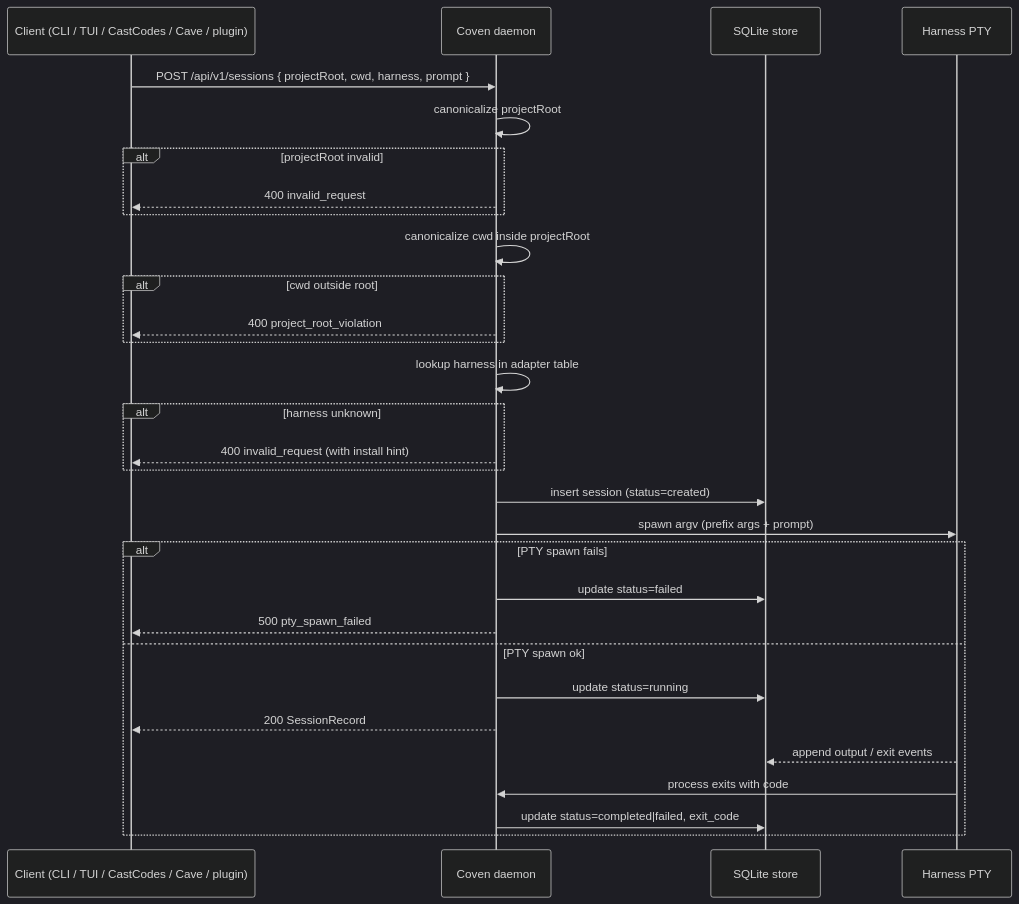
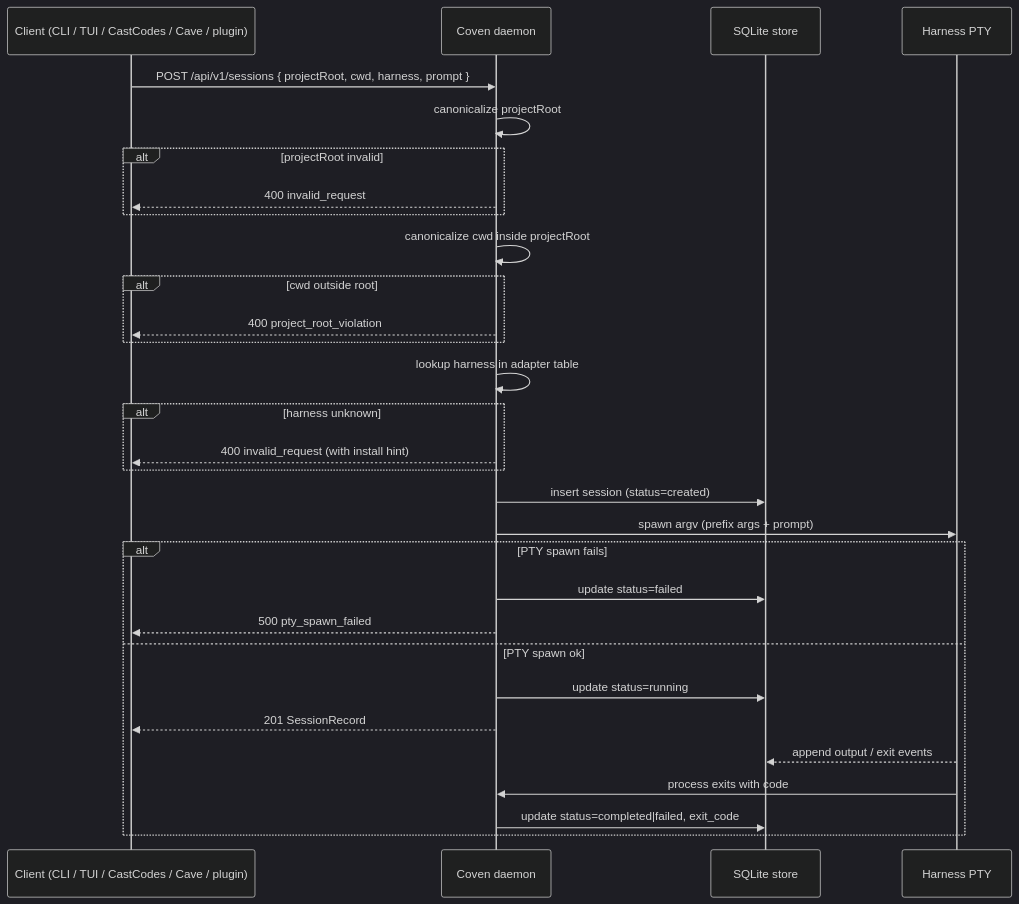
Before and after one commit to OpenCoven/coven-docs: the sixth of 7 diagrams in content/docs/reference/api-architecture.mdx, drawn with Mermaid (dark theme). The commit also changed other lines of this file and 84 other files, not shown here.

````diff
--- a/content/docs/reference/api-architecture.mdx
+++ b/content/docs/reference/api-architecture.mdx
@@ -160,33 +160,33 @@
 ```mermaid
 sequenceDiagram
   participant Client as Client (CLI / TUI / CastCodes / Cave / plugin)
   participant Daemon as Coven daemon
   participant Store as SQLite store
   participant PTY as Harness PTY
 
   Client->>Daemon: POST /api/v1/sessions { projectRoot, cwd, harness, prompt }
   Daemon->>Daemon: canonicalize projectRoot
   alt projectRoot invalid
     Daemon-->>Client: 400 invalid_request
   end
   Daemon->>Daemon: canonicalize cwd inside projectRoot
   alt cwd outside root
     Daemon-->>Client: 400 project_root_violation
   end
   Daemon->>Daemon: lookup harness in adapter table
   alt harness unknown
     Daemon-->>Client: 400 invalid_request (with install hint)
   end
   Daemon->>Store: insert session (status=created)
   Daemon->>PTY: spawn argv (prefix args + prompt)
   alt PTY spawn fails
     Daemon->>Store: update status=failed
     Daemon-->>Client: 500 pty_spawn_failed
   else PTY spawn ok
     Daemon->>Store: update status=running
-    Daemon-->>Client: 200 SessionRecord
+    Daemon-->>Client: 201 SessionRecord
     PTY-->>Store: append output / exit events
     PTY->>Daemon: process exits with code
     Daemon->>Store: update status=completed|failed, exit_code
   end
 ```
````
